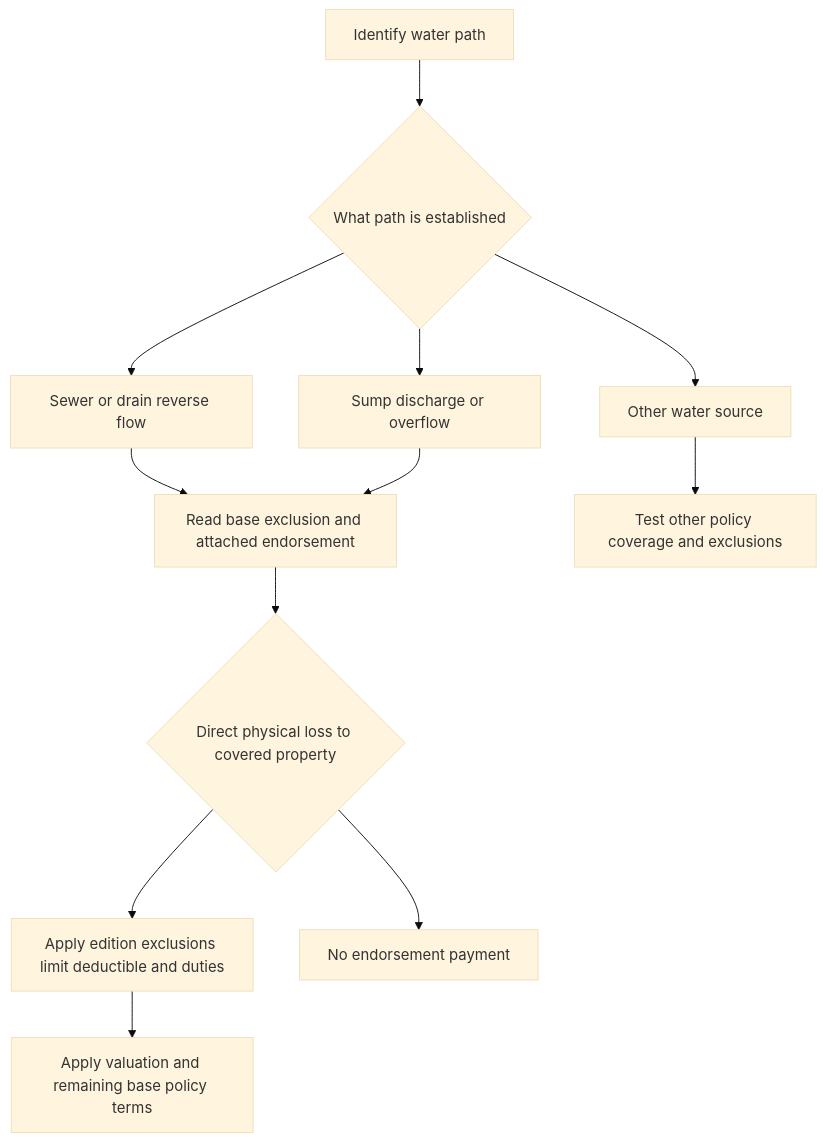
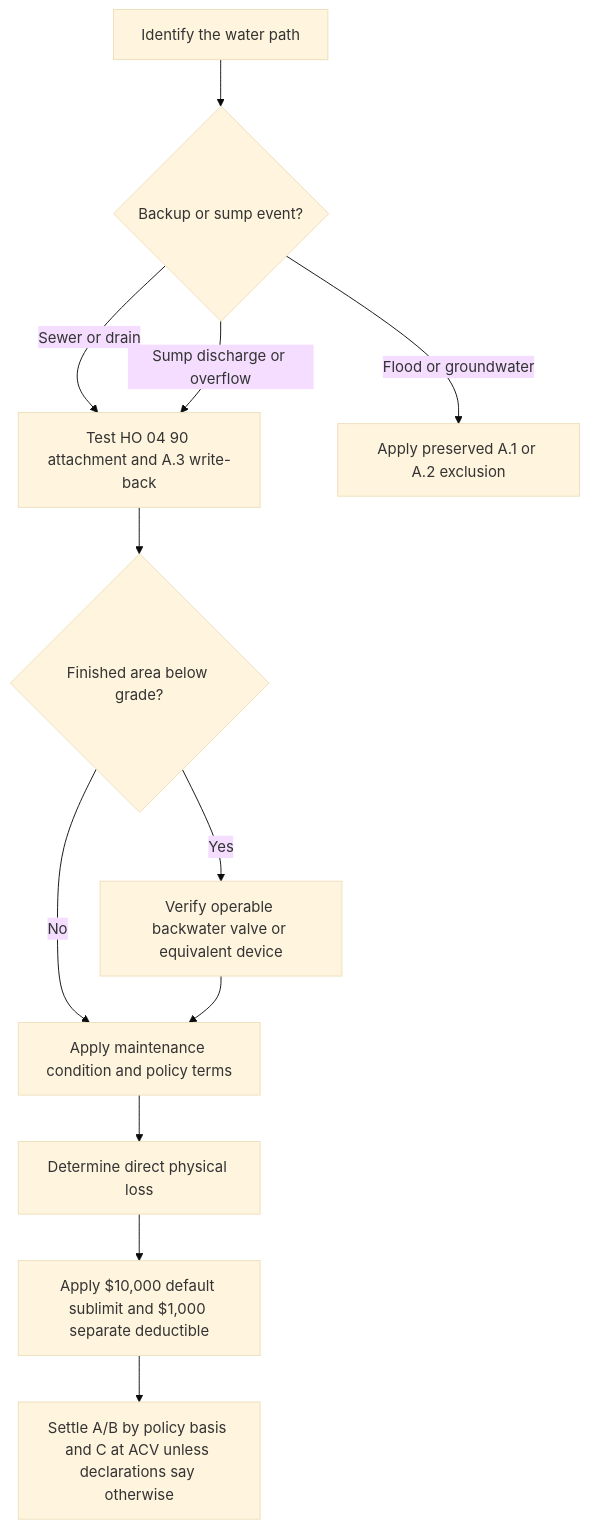
The diagram in openwiki/coverage/perils/water-backup.md (langchain-samples/openwiki-insurance-corpus), drawn with Mermaid (base theme) before and after one commit. The commit also changed other lines of this file and 78 other files, not shown here.

````diff
--- a/openwiki/coverage/perils/water-backup.md
+++ b/openwiki/coverage/perils/water-backup.md
@@ -52,14 +61,14 @@
 ```mermaid
 flowchart TD
-  A["Identify water path"] --> B{"What path is established"}
-  B --> C["Sewer or drain reverse flow"]
-  B --> D["Sump discharge or overflow"]
-  B --> E["Other water source"]
-  C --> F["Read base exclusion and attached endorsement"]
-  D --> F
-  E --> G["Test other policy coverage and exclusions"]
-  F --> H{"Direct physical loss to covered property"}
-  H --> I["Apply edition exclusions limit deductible and duties"]
-  H --> J["No endorsement payment"]
-  I --> K["Apply valuation and remaining base policy terms"]
+  A["Identify the water path"] --> B{"Backup or sump event?"}
+  B -->|"Sewer or drain"| C["Test HO 04 90 attachment and A.3 write-back"]
+  B -->|"Sump discharge or overflow"| C
+  B -->|"Flood or groundwater"| D["Apply preserved A.1 or A.2 exclusion"]
+  C --> E{"Finished area below grade?"}
+  E -->|"Yes"| F["Verify operable backwater valve or equivalent device"]
+  E -->|"No"| G["Apply maintenance condition and policy terms"]
+  F --> G
+  G --> H["Determine direct physical loss"]
+  H --> I["Apply $10,000 default sublimit and $1,000 separate deductible"]
+  I --> J["Settle A/B by policy basis and C at ACV unless declarations say otherwise"]
 ```
````
